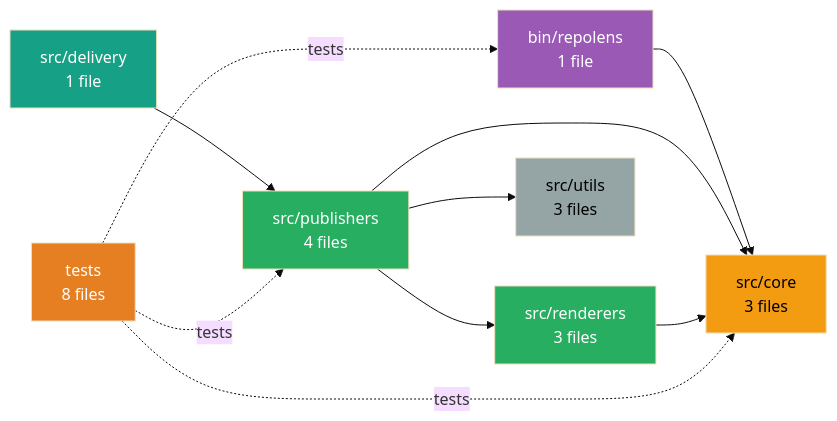
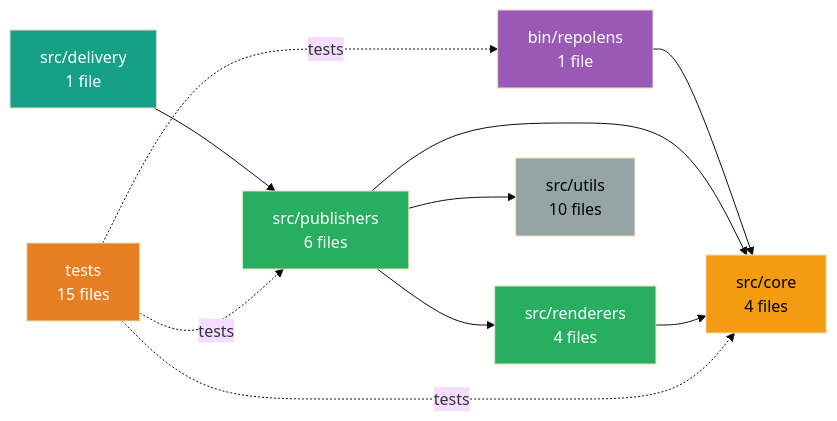
One commit to CHAPIBUNNY/repolens changed the diagram in README.md. Above: the diagram before and after it, drawn with Mermaid (base theme). The commit also changed other lines of this file and 13 other files, not shown here.

````diff
--- a/README.md
+++ b/README.md
@@ -693,20 +655,20 @@
 ```mermaid
 graph LR
-    CLI[bin/repolens<br/>1 file] --> Core[src/core<br/>3 files]
-    Publishers[src/publishers<br/>4 files] --> Core
-    Publishers --> Renderers[src/renderers<br/>3 files]
-    Publishers --> Utils[src/utils<br/>3 files]
+    CLI[bin/repolens<br/>1 file] --> Core[src/core<br/>4 files]
+    Publishers[src/publishers<br/>6 files] --> Core
+    Publishers --> Renderers[src/renderers<br/>4 files]
+    Publishers --> Utils[src/utils<br/>10 files]
     Renderers --> Core
     Delivery[src/delivery<br/>1 file] --> Publishers
-    Tests[tests<br/>8 files] -. tests .-> CLI
+    Tests[tests<br/>15 files] -. tests .-> CLI
     Tests -. tests .-> Core
     Tests -. tests .-> Publishers
     
     style CLI fill:#9b59b6,color:#fff
     style Core fill:#f39c12,color:#000
     style Publishers fill:#27ae60,color:#fff
     style Renderers fill:#27ae60,color:#fff
     style Delivery fill:#16a085,color:#fff
     style Utils fill:#95a5a6,color:#000
     style Tests fill:#e67e22,color:#fff
 ```
````
